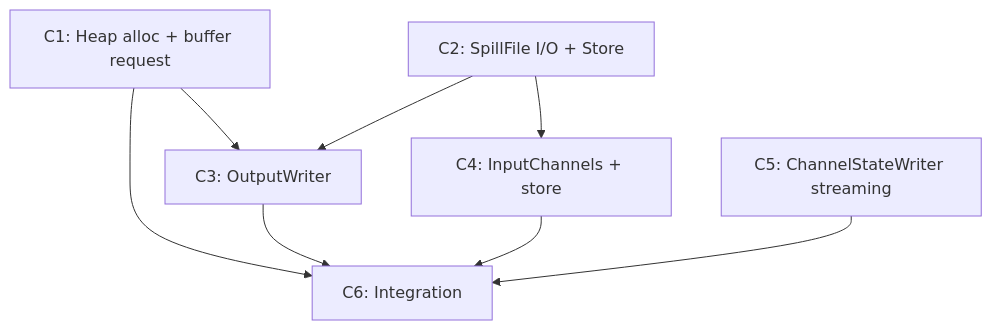
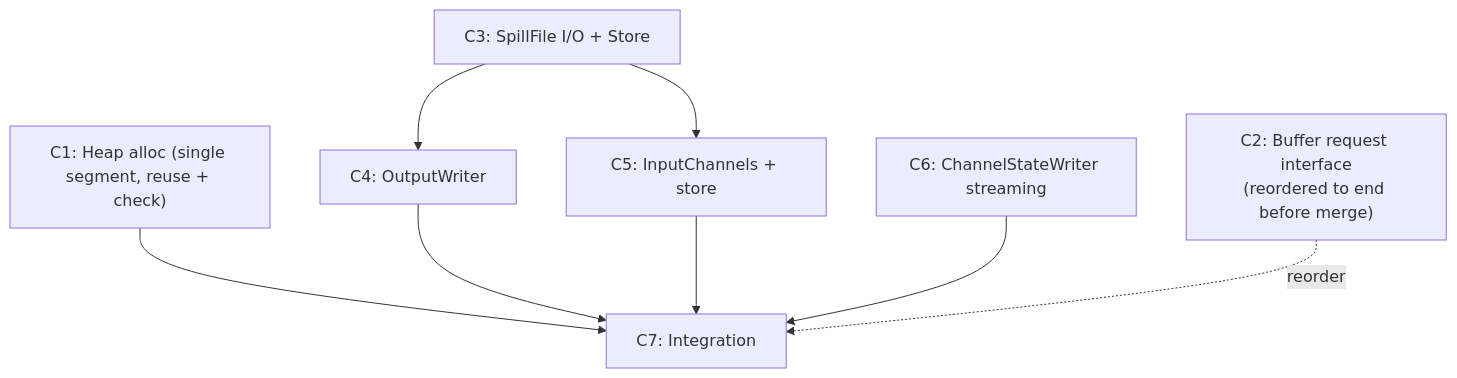
One commit to 1996fanrui/flink changed the diagram in requirements/38544/commit_plan.md. Above: the diagram before and after it, drawn with Mermaid. The commit also changed other lines of this file and 6 other files, not shown here.

````diff
--- a/requirements/38544/commit_plan.md
+++ b/requirements/38544/commit_plan.md
@@ -174,17 +193,18 @@
 ```mermaid
 graph TD
-    C1["C1: Heap alloc + buffer request"]
-    C2["C2: SpillFile I/O + Store"]
-    C3["C3: OutputWriter"]
-    C4["C4: InputChannels + store"]
-    C5["C5: ChannelStateWriter streaming"]
-    C6["C6: Integration"]
+    C1["C1: Heap alloc (single segment, reuse + check)"]
+    C2["C2: Buffer request interface<br/>(reordered to end before merge)"]
+    C3["C3: SpillFile I/O + Store"]
+    C4["C4: OutputWriter"]
+    C5["C5: InputChannels + store"]
+    C6["C6: ChannelStateWriter streaming"]
+    C7["C7: Integration"]
 
-    C1 --> C3
-    C2 --> C3
-    C2 --> C4
-    C1 --> C6
-    C3 --> C6
-    C4 --> C6
-    C5 --> C6
+    C1 --> C7
+    C3 --> C4
+    C3 --> C5
+    C4 --> C7
+    C5 --> C7
+    C6 --> C7
+    C2 -.reorder.-> C7
 ```
````
